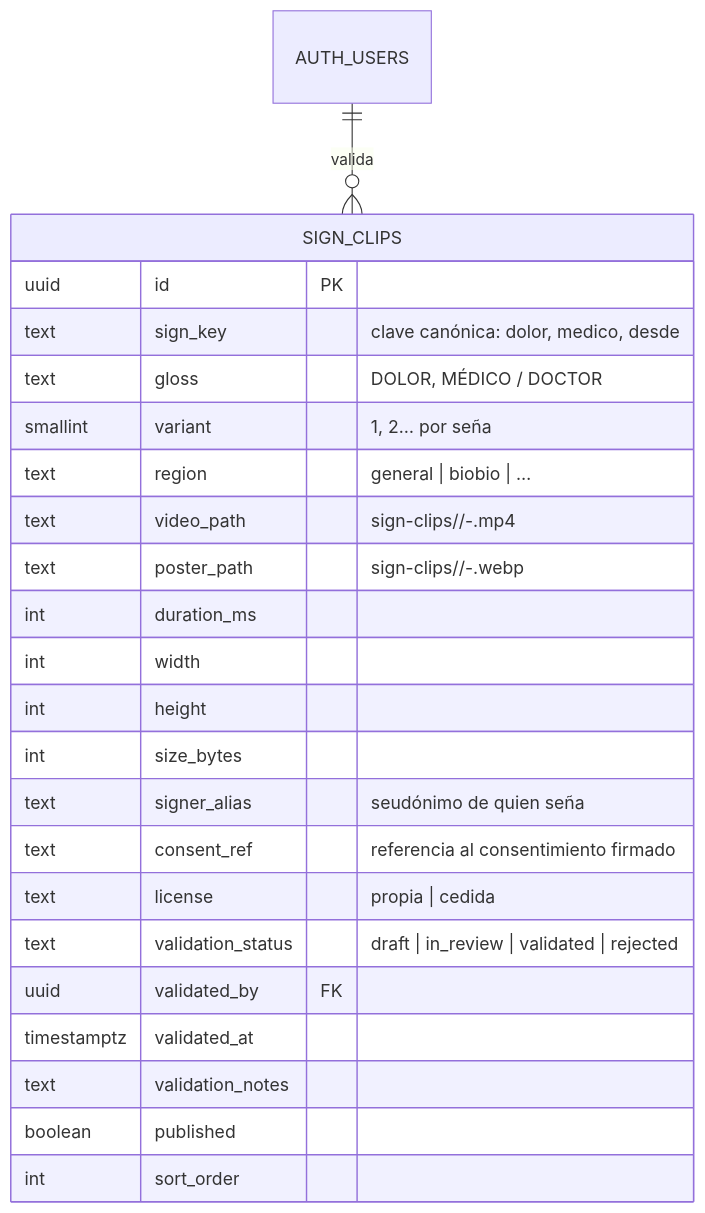
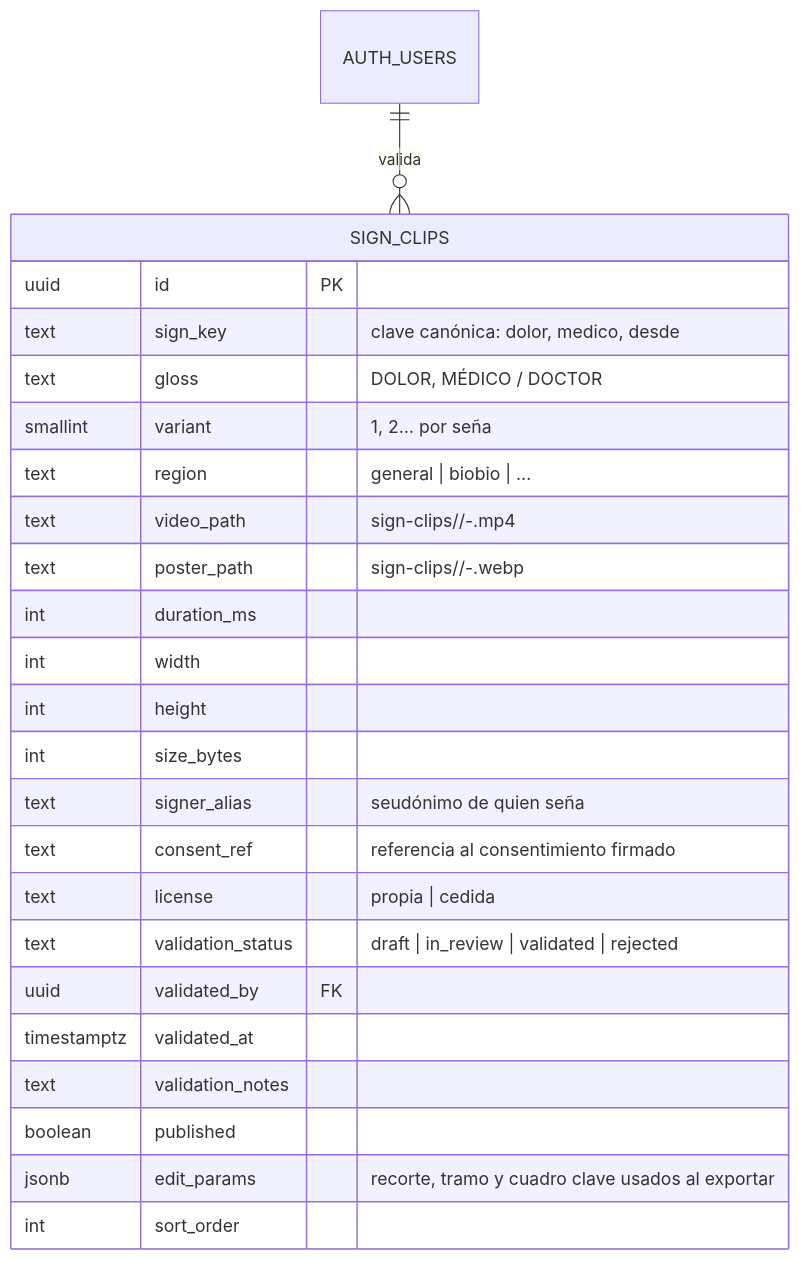
One commit to BenjajaDev/SenaPlay changed the first of 2 diagrams in docs/10-senas-en-video.md. Above: the diagram before and after it, drawn with Mermaid. The commit also changed other lines of this file and 1 other file, not shown here.

````diff
--- a/docs/10-senas-en-video.md
+++ b/docs/10-senas-en-video.md
@@ -42,26 +34,27 @@
 ```mermaid
 erDiagram
     SIGN_CLIPS {
         uuid id PK
         text sign_key "clave canónica: dolor, medico, desde"
         text gloss "DOLOR, MÉDICO / DOCTOR"
         smallint variant "1, 2… por seña"
         text region "general | biobio | …"
         text video_path "sign-clips/<clave>/<variante>-<uuid>.mp4"
         text poster_path "sign-clips/<clave>/<variante>-<uuid>.webp"
         int duration_ms
         int width
         int height
         int size_bytes
         text signer_alias "seudónimo de quien seña"
         text consent_ref "referencia al consentimiento firmado"
         text license "propia | cedida"
         text validation_status "draft | in_review | validated | rejected"
         uuid validated_by FK
         timestamptz validated_at
         text validation_notes
         boolean published
+        jsonb edit_params "recorte, tramo y cuadro clave usados al exportar"
         int sort_order
     }
     AUTH_USERS ||--o{ SIGN_CLIPS : "valida"
 ```
````
